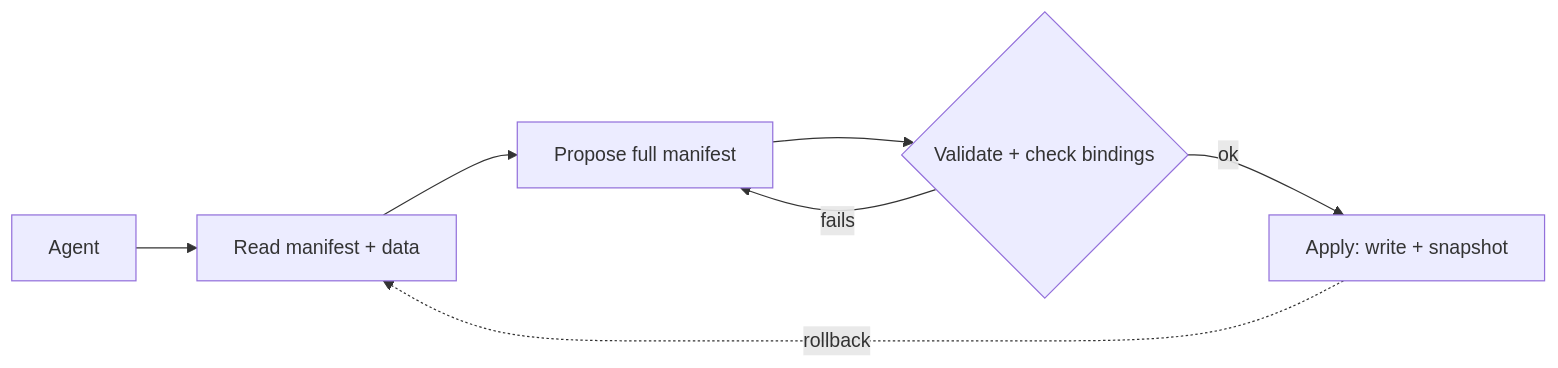
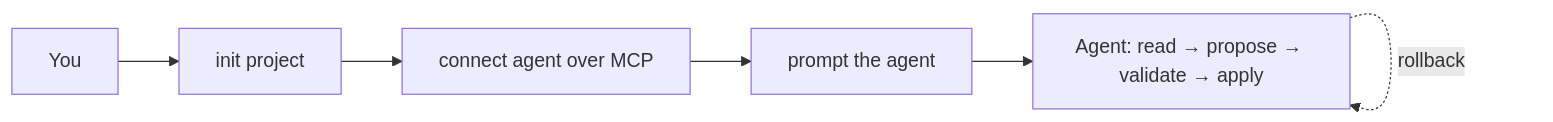
The diagram in apps/docs/src/pages/getting-started.mdx (lukaisailovic/openislands), drawn with Mermaid before and after one commit. The commit also changed other lines of this file and 4 other files, not shown here.

````diff
--- a/apps/docs/src/pages/getting-started.mdx
+++ b/apps/docs/src/pages/getting-started.mdx
@@ -14,9 +8,8 @@
 ```mermaid
 flowchart LR
-  A[Agent] --> R[Read manifest + data]
-  R --> P[Propose full manifest]
-  P --> V{Validate + check bindings}
-  V -- ok --> Ap[Apply: write + snapshot]
-  V -- fails --> P
-  Ap -.rollback.-> R
+  U[You] --> I[init project]
+  I --> M[connect agent over MCP]
+  M --> Pr[prompt the agent]
+  Pr --> Ag[Agent: read → propose → validate → apply]
+  Ag -.rollback.-> Ag
 ```
````
